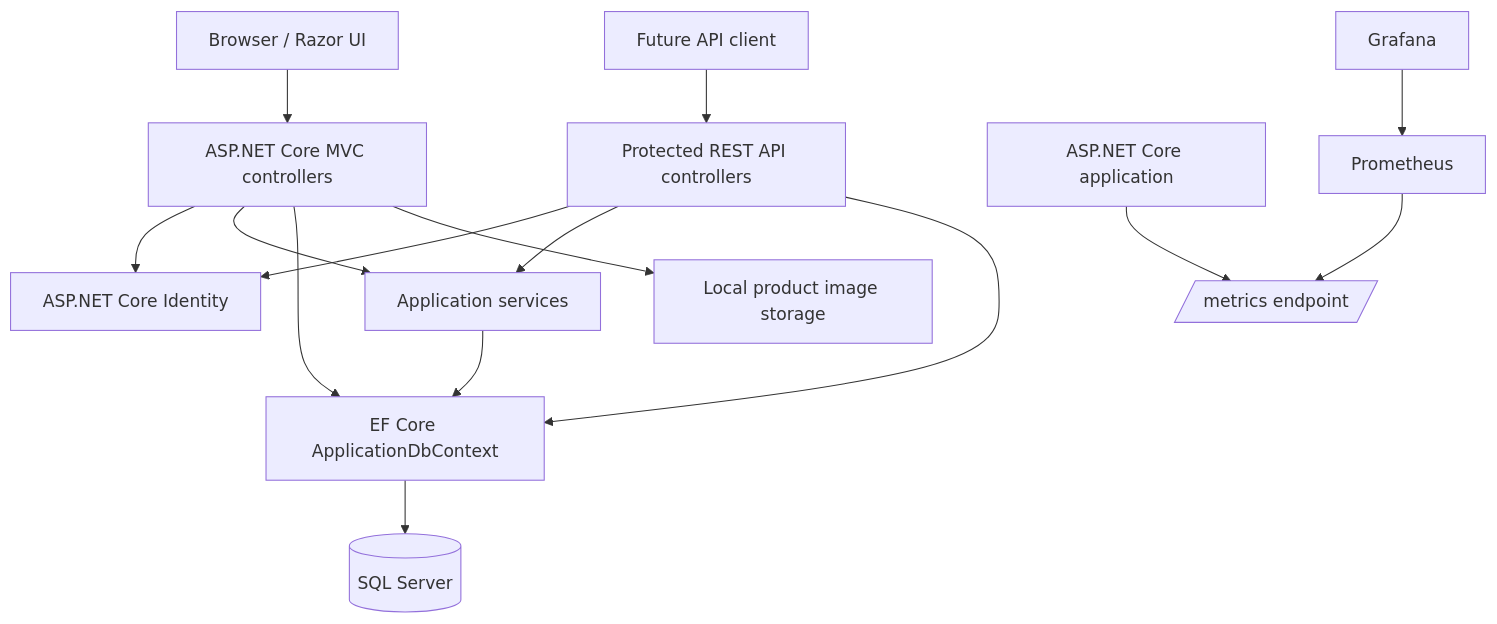
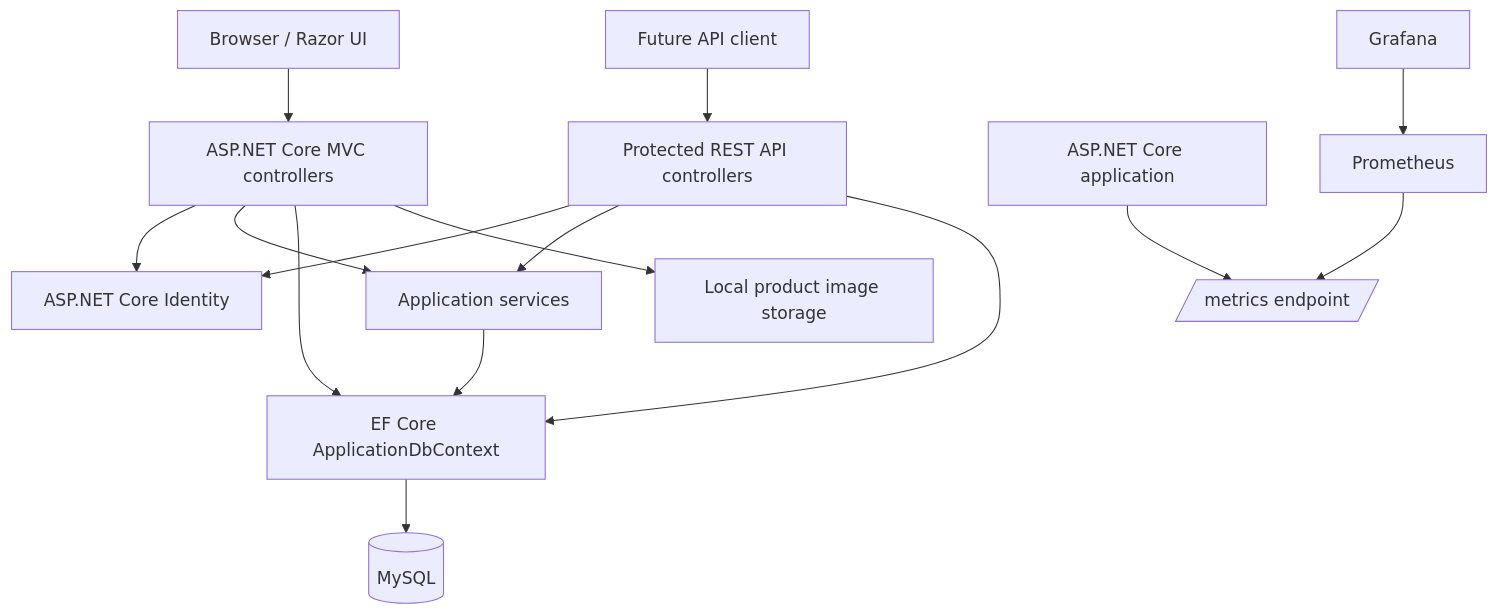
Before and after one commit to mmvelase60/ProductVault: the diagram in docs/architecture.md, drawn with Mermaid. The commit also changed other lines of this file and 20 other files, not shown here.

````diff
--- a/docs/architecture.md
+++ b/docs/architecture.md
@@ -5,17 +5,17 @@
 ```mermaid
 flowchart TB
     Browser[Browser / Razor UI] --> MVC[ASP.NET Core MVC controllers]
     Client[Future API client] --> API[Protected REST API controllers]
     MVC --> Identity[ASP.NET Core Identity]
     API --> Identity
     MVC --> Services[Application services]
     API --> Services
     Services --> EF[EF Core ApplicationDbContext]
     MVC --> EF
     API --> EF
-    EF --> SQL[(SQL Server)]
+    EF --> SQL[(MySQL)]
     MVC --> Files[Local product image storage]
     App[ASP.NET Core application] --> Metrics[/metrics endpoint/]
     Prometheus --> Metrics
     Grafana --> Prometheus
 ```
````
